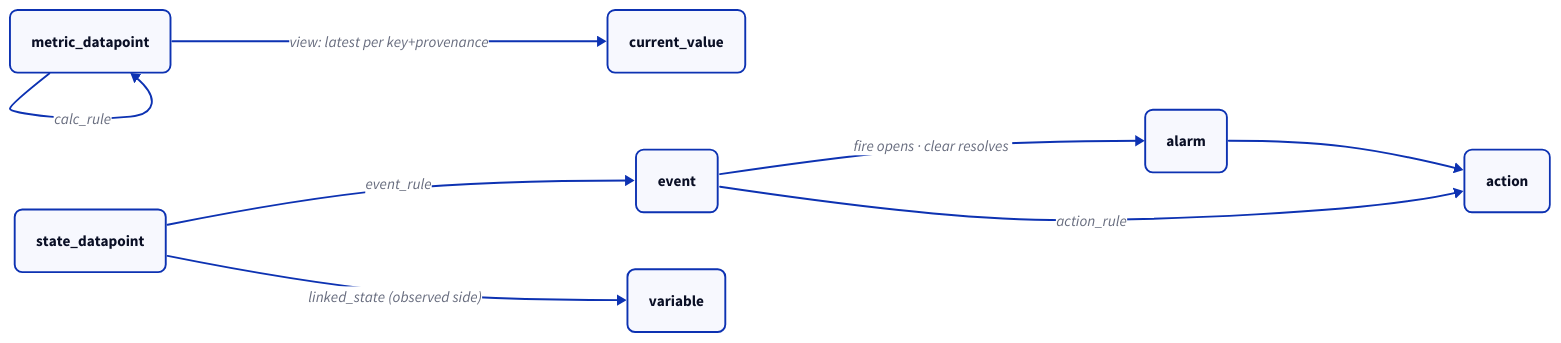
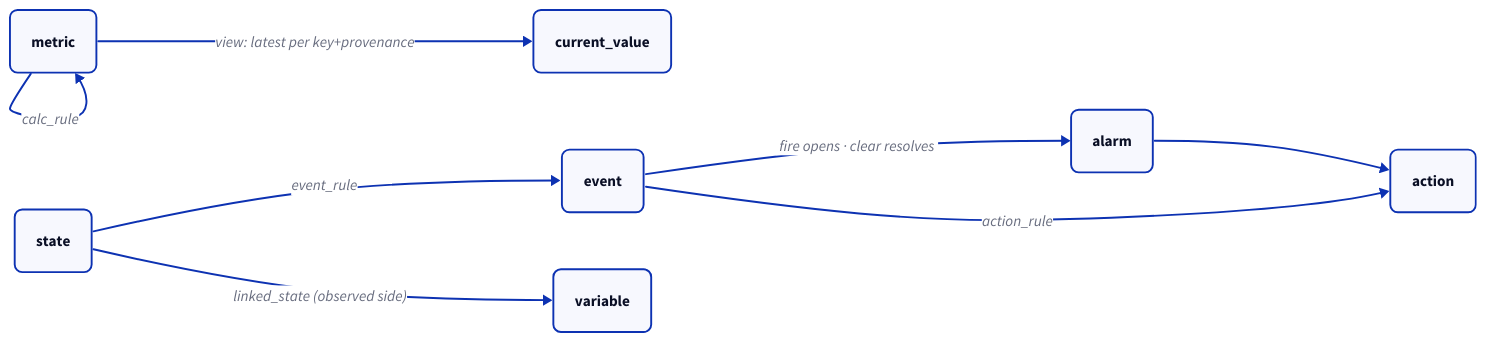
Before and after one commit to hyperscaleav/omniglass: the diagram in docs/src/content/docs/architecture/storage.md, drawn with D2. The commit also changed other lines of this file and 27 other files, not shown here.

````diff
--- a/docs/src/content/docs/architecture/storage.md
+++ b/docs/src/content/docs/architecture/storage.md
@@ -91,18 +91,18 @@
 ```d2
 direction: right
 classes: { node: { style.border-radius: 8 } }
-metric: metric_datapoint { class: node }
-state: state_datapoint { class: node }
+metric: metric { class: node }
+state: state { class: node }
 event: event { class: node }
 alarm: alarm { class: node }
 action: action { class: node }
 current: current_value { class: node }
 variable: variable { class: node }
 metric -> metric: calc_rule
 state -> event: event_rule
 event -> alarm: fire opens · clear resolves
 event -> action: action_rule
 alarm -> action
 metric -> current: view: latest per key+provenance
 state -> variable: linked_state (observed side)
 ```
````
